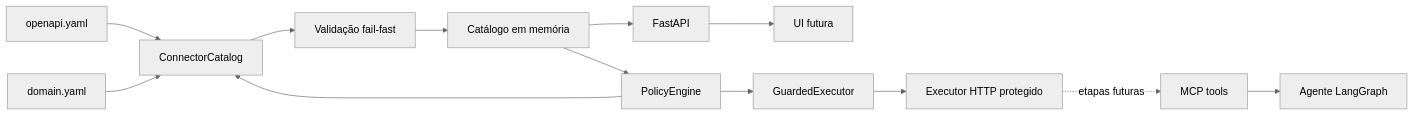
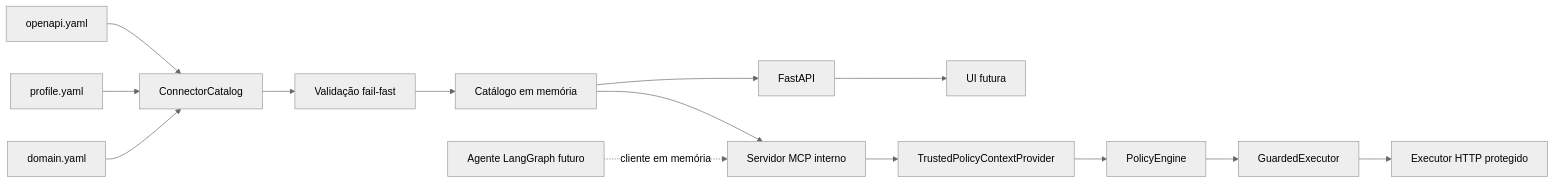
One commit to ChristianGandra21/indusguard changed the first of 4 diagrams in docs/architecture.md. Above: the diagram before and after it, drawn with Mermaid (neutral theme). The commit also changed other lines of this file and 7 other files, not shown here.

Commit message:
feat: expose guarded operations as internal MCP tools

````diff
--- a/docs/architecture.md
+++ b/docs/architecture.md
@@ -9,15 +9,16 @@
 ```mermaid
 flowchart LR
     O[openapi.yaml] --> L[ConnectorCatalog]
-    P[profile.yaml] --> L
+    Y[profile.yaml] --> L
     D[domain.yaml] --> L
     L --> V[Validação fail-fast]
     V --> C[Catálogo em memória]
     C --> API[FastAPI]
     API --> UI[UI futura]
-    C --> P[PolicyEngine]
+    C --> MCP[Servidor MCP interno]
+    MCP --> T[TrustedPolicyContextProvider]
+    T --> P[PolicyEngine]
     P --> G[GuardedExecutor]
     G --> E[Executor HTTP protegido]
-    E -. etapas futuras .-> MCP[MCP tools]
-    MCP --> A[Agente LangGraph]
+    A[Agente LangGraph futuro] -. cliente em memória .-> MCP
 ```
````
